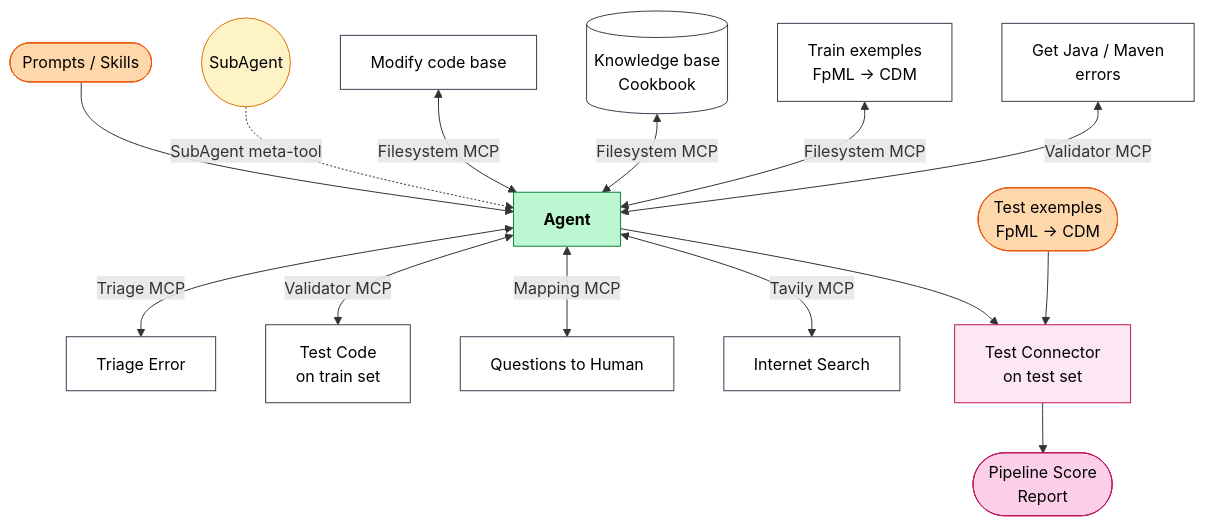
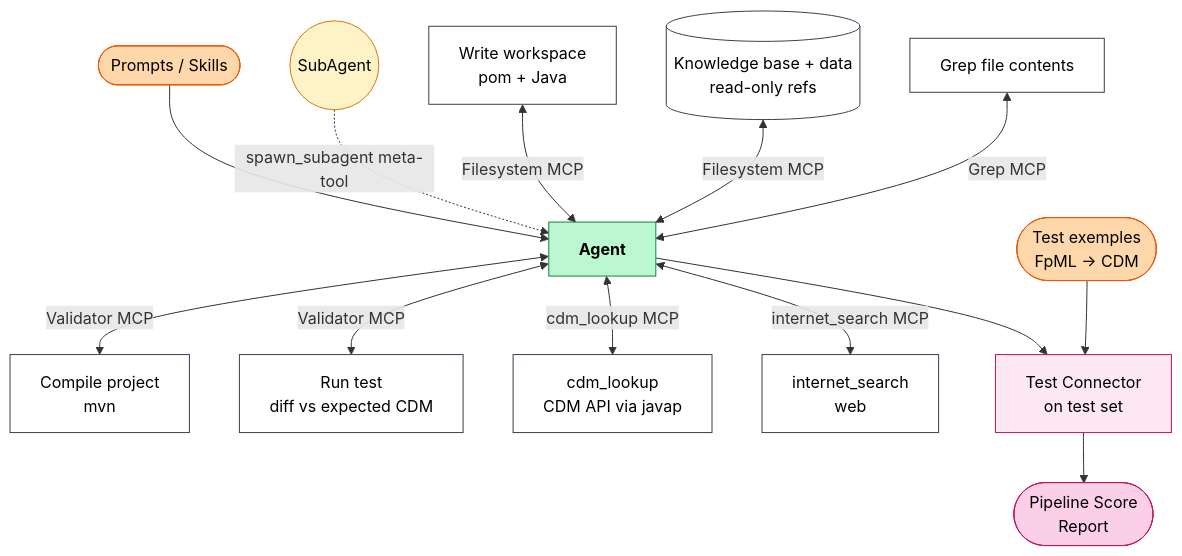
Before and after one commit to clemlb31/FPML-CDM: the first of 3 diagrams in README.md, drawn with Mermaid. The commit also changed other lines of this file and 127 other files, not shown here.

````diff
--- a/README.md
+++ b/README.md
@@ -22,45 +23,43 @@
 ```mermaid
 flowchart TB
     PROMPTS([Prompts / Skills]):::input
     SUBAGENT((SubAgent)):::actor
 
-    MOD[Modify code base]:::cap
-    KB[(Knowledge base<br/>Cookbook)]:::cap
-    TRAIN[Train exemples<br/>FpML → CDM]:::cap
+    MOD[Write workspace<br/>pom + Java]:::cap
+    KB[(Knowledge base + data<br/>read-only refs)]:::cap
+    GREP[Grep file contents]:::cap
 
     AGENT[Agent]:::agent
 
-    JAVAERR[Get Java / Maven<br/>errors]:::cap
-    TRIAGE[Triage Error]:::cap
-    TEST[Test Code<br/>on train set]:::cap
-    HUMAN[Questions to Human]:::cap
-    SEARCH[Internet Search]:::cap
+    COMPILE[Compile project<br/>mvn]:::cap
+    TEST[Run test<br/>diff vs expected CDM]:::cap
+    CDM[cdm_lookup<br/>CDM API via javap]:::cap
+    SEARCH[internet_search<br/>web]:::cap
 
     CONN[Test Connector<br/>on test set]:::test
     TESTEX([Test exemples<br/>FpML → CDM]):::input
     REPORT([Pipeline Score<br/>Report]):::output
 
     PROMPTS --> AGENT
-    SUBAGENT -. SubAgent meta-tool .-> AGENT
+    SUBAGENT -. spawn_subagent meta-tool .-> AGENT
 
     MOD <-->|Filesystem MCP| AGENT
     KB <-->|Filesystem MCP| AGENT
-    TRAIN <-->|Filesystem MCP| AGENT
-    JAVAERR <-->|Validator MCP| AGENT
+    GREP <-->|Grep MCP| AGENT
 
-    AGENT <-->|Triage MCP| TRIAGE
+    AGENT <-->|Validator MCP| COMPILE
     AGENT <-->|Validator MCP| TEST
-    AGENT <-->|Mapping MCP| HUMAN
-    AGENT <-->|Tavily MCP| SEARCH
+    AGENT <-->|cdm_lookup MCP| CDM
+    AGENT <-->|internet_search MCP| SEARCH
 
     AGENT --> CONN
     TESTEX --> CONN
     CONN --> REPORT
 
     classDef input fill:#fed7aa,stroke:#ea580c,color:#000
     classDef actor fill:#fef3c7,stroke:#d97706,color:#000
     classDef agent fill:#bbf7d0,stroke:#15803d,color:#000,font-weight:bold
     classDef cap fill:#ffffff,stroke:#374151,color:#000
     classDef test fill:#fce7f3,stroke:#be185d,color:#000
     classDef output fill:#fbcfe8,stroke:#be185d,color:#000
 ```
````
